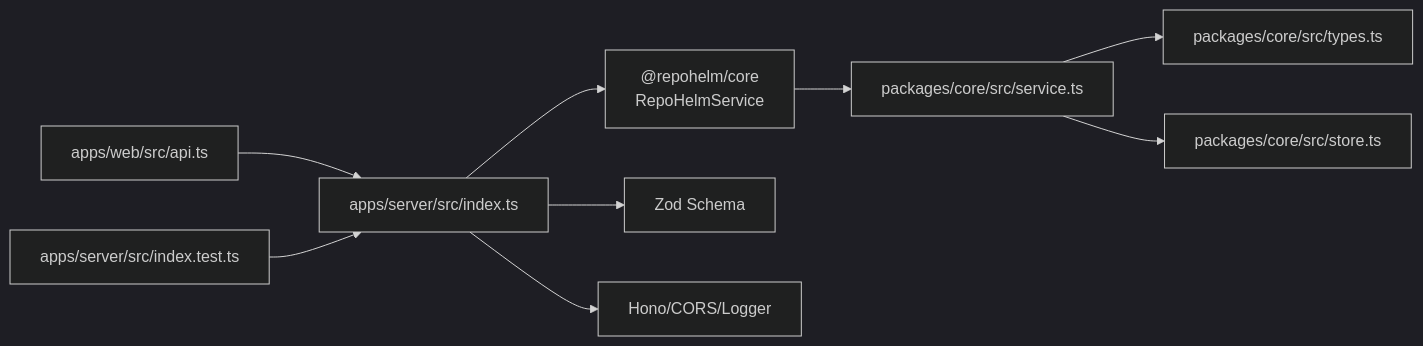
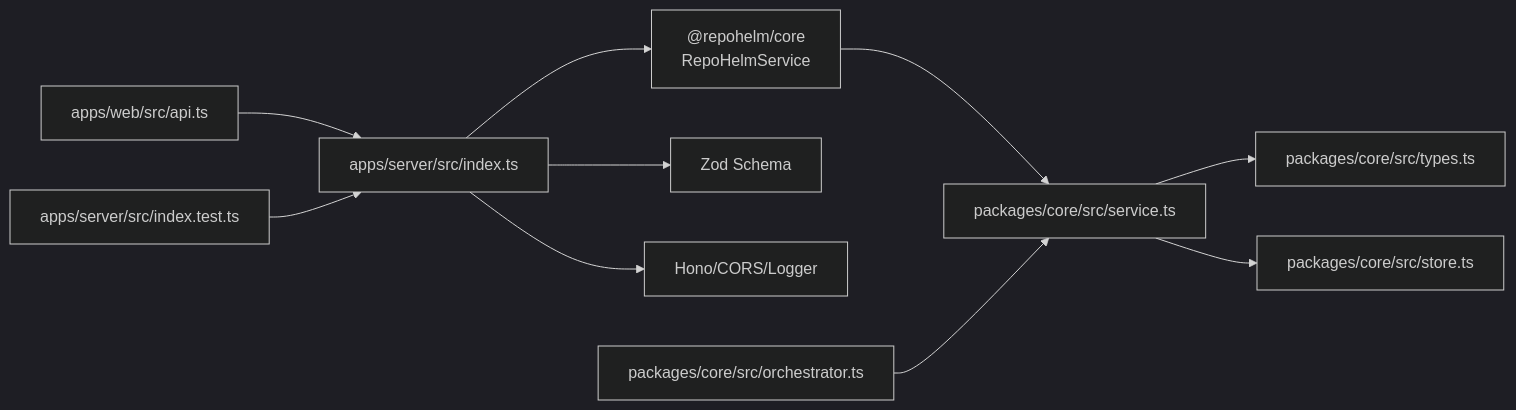
The third of 3 diagrams in .qoder/repowiki/zh/content/服务器 API 设计/服务器 API 设计.md (coconilu/RepoHelm), drawn with Mermaid (dark theme) before and after one commit. The commit also changed other lines of this file and 15 other files, not shown here.

````diff
--- a/.qoder/repowiki/zh/content/服务器 API 设计/服务器 API 设计.md
+++ b/.qoder/repowiki/zh/content/服务器 API 设计/服务器 API 设计.md
@@ -522,11 +525,12 @@
 ```mermaid
 graph LR
 A["apps/server/src/index.ts"] --> B["@repohelm/core<br/>RepoHelmService"]
 A --> C["Zod Schema"]
 A --> D["Hono/CORS/Logger"]
 E["apps/web/src/api.ts"] --> A
 B --> F["packages/core/src/service.ts"]
 F --> G["packages/core/src/types.ts"]
 F --> H["packages/core/src/store.ts"]
-I["apps/server/src/index.test.ts"] --> A
+I["packages/core/src/orchestrator.ts"] --> F
+J["apps/server/src/index.test.ts"] --> A
 ```
````
